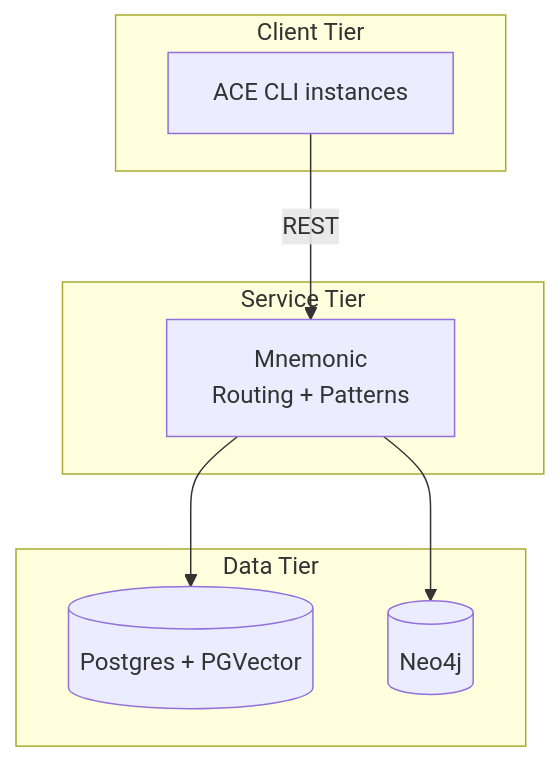
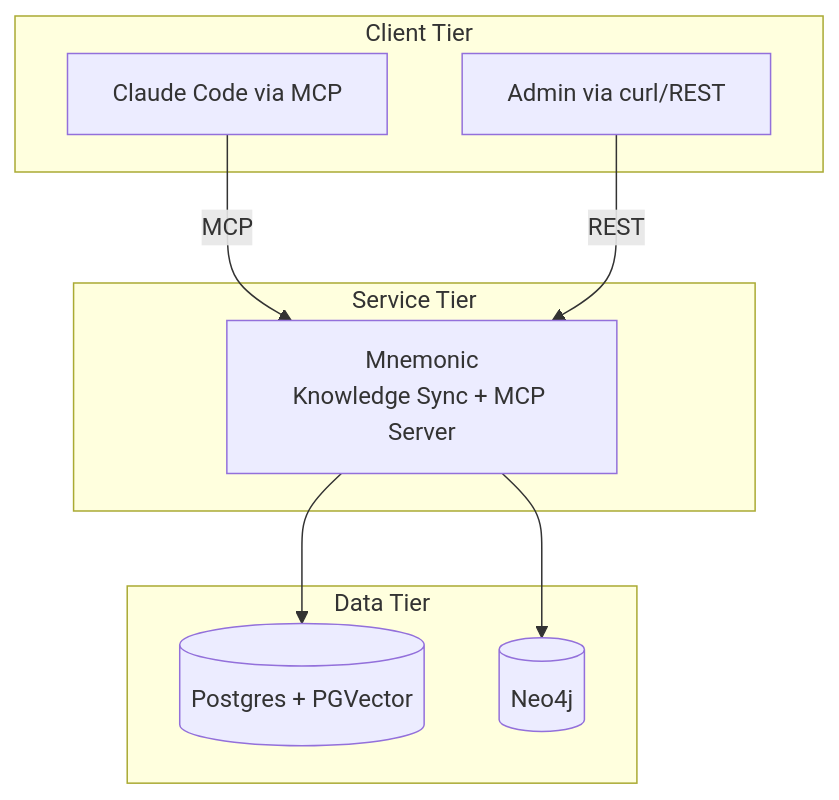
One commit to twistingmercury/mnemonic-mcp changed the second of 7 diagrams in docs/architecture/05-deployment-architecture.md. Above: the diagram before and after it, drawn with Mermaid. The commit also changed other lines of this file and 63 other files, not shown here.

````diff
--- a/docs/architecture/05-deployment-architecture.md
+++ b/docs/architecture/05-deployment-architecture.md
@@ -45,19 +54,21 @@
 ```mermaid
 graph TB
     subgraph "Client Tier"
-        CLI[ACE CLI instances]
+        CC[Claude Code via MCP]
+        ADMIN[Admin via curl/REST]
     end
 
     subgraph "Service Tier"
-        MN[Mnemonic<br/>Routing + Patterns]
+        MN[Mnemonic<br/>Knowledge Sync + MCP Server]
     end
 
     subgraph "Data Tier"
         PG[(Postgres + PGVector)]
         NEO[(Neo4j)]
     end
 
-    CLI -->|"REST"| MN
+    CC -->|"MCP"| MN
+    ADMIN -->|"REST"| MN
     MN --> PG
     MN --> NEO
 ```
````
